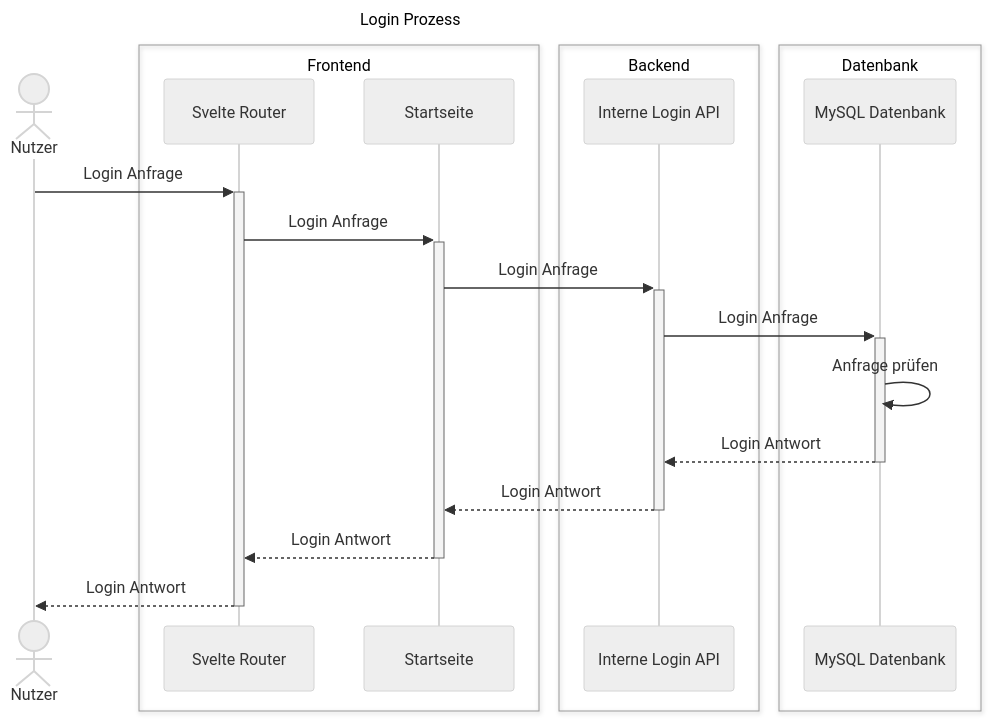
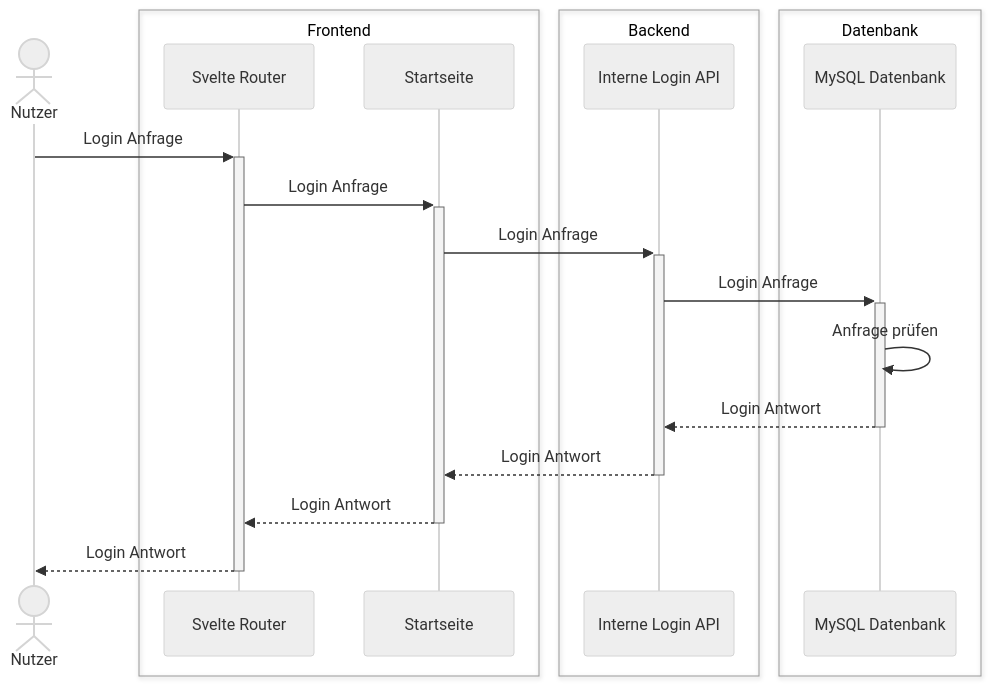
Before and after one commit to nyrocarion/LQMS: the third of 3 diagrams in README.md, drawn with Mermaid (neutral theme). The commit also changed other lines of this file, not shown here.

Commit message:
fix: removed yaml header

````diff
--- a/README.md
+++ b/README.md
@@ -116,28 +117,24 @@
 ```mermaid
----
-title: Login Prozess
----
-
 
 sequenceDiagram
     actor Nutzer
     box Frontend
     participant Svelte Router
     participant Startseite
     end
     box Backend
     participant Interne Login API
     end
     box Datenbank
     participant MySQL Datenbank
     end
     Nutzer->>+Svelte Router:Login Anfrage
     Svelte Router->>+Startseite:Login Anfrage
     Startseite->>+Interne Login API:Login Anfrage
     Interne Login API->>+MySQL Datenbank:Login Anfrage
     MySQL Datenbank->>MySQL Datenbank:Anfrage prüfen
     MySQL Datenbank-->>-Interne Login API:Login Antwort
     Interne Login API-->>-Startseite:Login Antwort
     Startseite-->>-Svelte Router:Login Antwort
     Svelte Router-->>-Nutzer:Login Antwort
 ```
````
